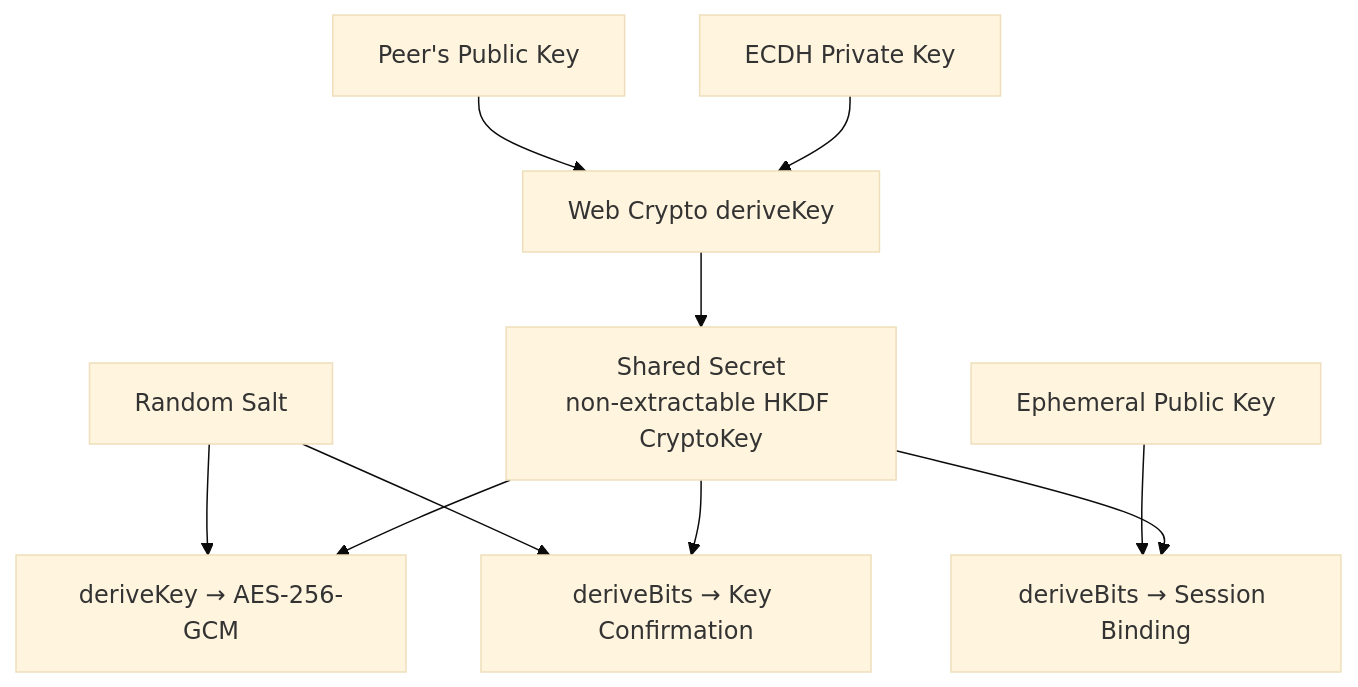
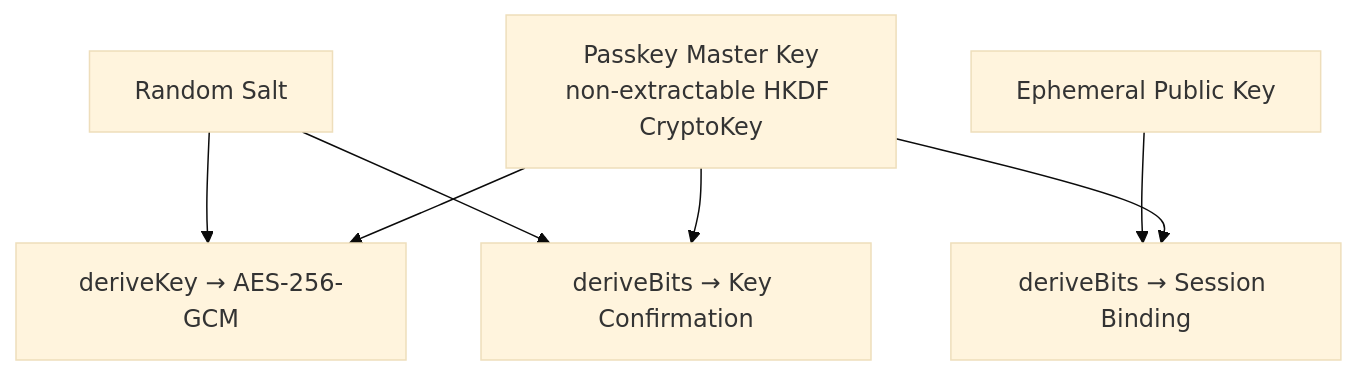
Before and after one commit to andrewtheguy/secure-send-web: the fifth of 7 diagrams in docs/ARCHITECTURE.md, drawn with Mermaid (base theme). The commit also changed other lines of this file and 11 other files, not shown here.

First line of the commit message:
refactor: update terminology from "public key" to "public ID" across the application

````diff
--- a/docs/ARCHITECTURE.md
+++ b/docs/ARCHITECTURE.md
@@ -174,12 +179,9 @@
 ```mermaid
 flowchart TD
-    PrivKey[ECDH Private Key] --> DeriveKey[Web Crypto deriveKey]
-    PeerPubKey[Peer's Public Key] --> DeriveKey
-    DeriveKey --> SharedSecretKey[Shared Secret<br/>non-extractable HKDF CryptoKey]
-    SharedSecretKey --> AES[deriveKey → AES-256-GCM]
-    SharedSecretKey --> KC[deriveBits → Key Confirmation]
-    SharedSecretKey --> EphBind[deriveBits → Session Binding]
+    MasterKey[Passkey Master Key<br/>non-extractable HKDF CryptoKey] --> AES[deriveKey → AES-256-GCM]
+    MasterKey --> KC[deriveBits → Key Confirmation]
+    MasterKey --> EphBind[deriveBits → Session Binding]
     Salt[Random Salt] --> AES
     Salt --> KC
     EphPub[Ephemeral Public Key] --> EphBind
 ```
````
